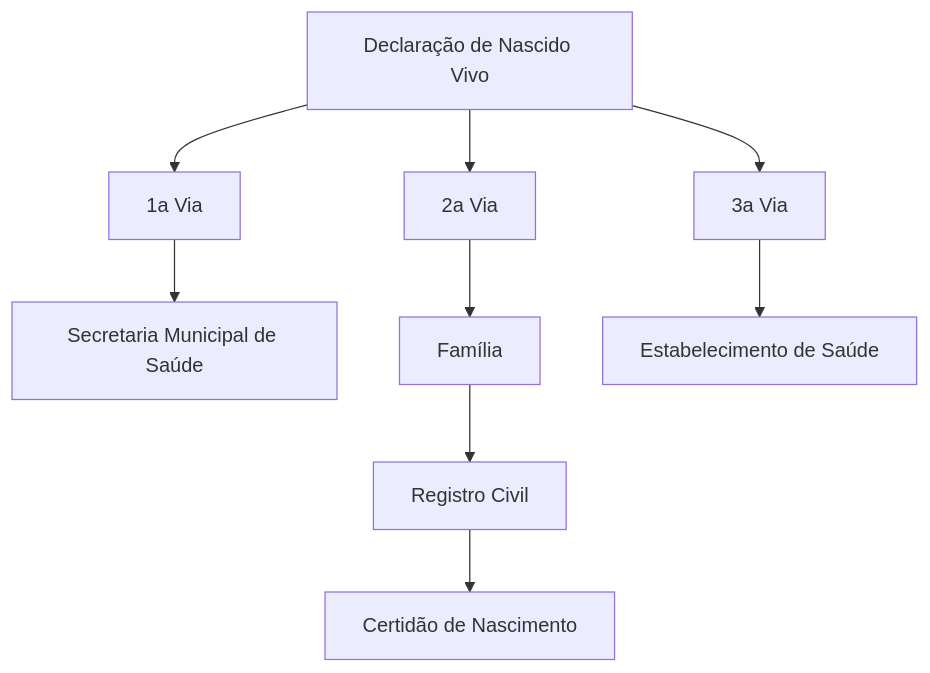
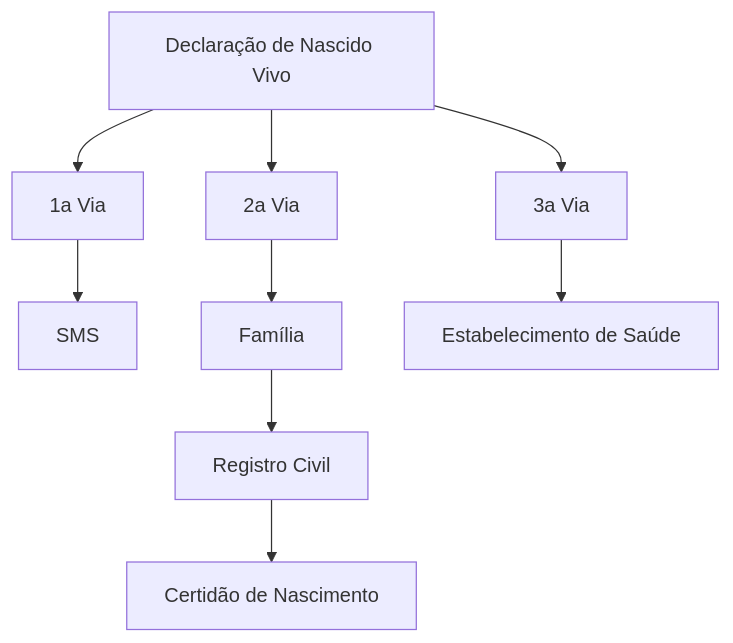
One commit to rfsaldanha/sis changed the diagram in sinasc.qmd. Above: the diagram before and after it, drawn with Mermaid. The commit also changed other lines of this file and 165 other files, not shown here.

````diff
--- a/sinasc.qmd
+++ b/sinasc.qmd
@@ -16,17 +20,17 @@
 ```{mermaid}
 %%| fig-cap: "Fluxo de emissão e destinação das vias da Declaração de Nascido Vivo "
 %%| label: fig-do
 
 flowchart TD
 dn[Declaração de Nascido Vivo] --> via1[1a Via]
 dn --> via2[2a Via]
 dn --> via3[3a Via]
 
-via1 --> sms[Secretaria Municipal de Saúde]
+via1 --> sms[SMS]
 
 via2 --> fam[Família]
 fam --> rg[Registro Civil]
 rg --> ao[Certidão de Nascimento]
 
 via3 --> es[Estabelecimento de Saúde]
 ```
````
